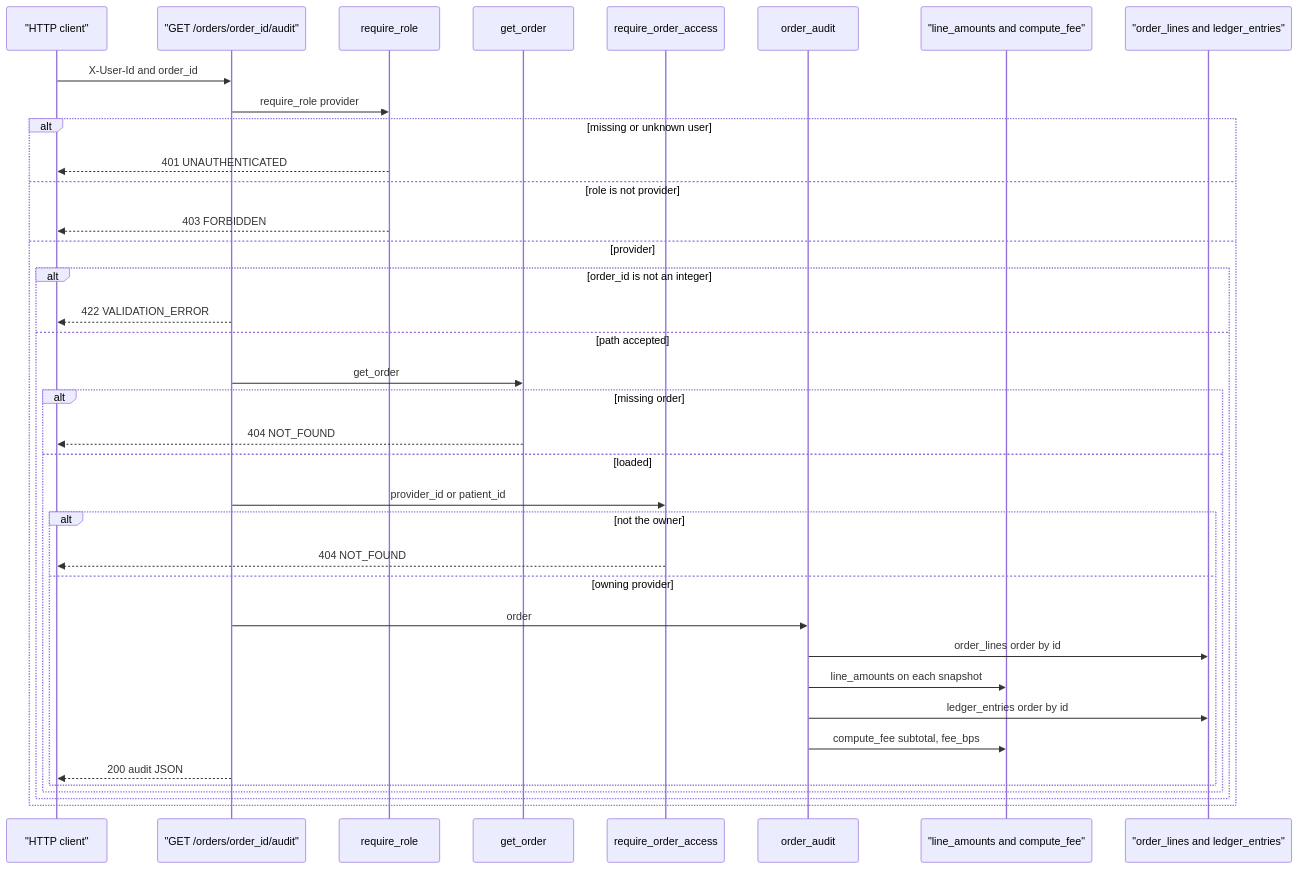
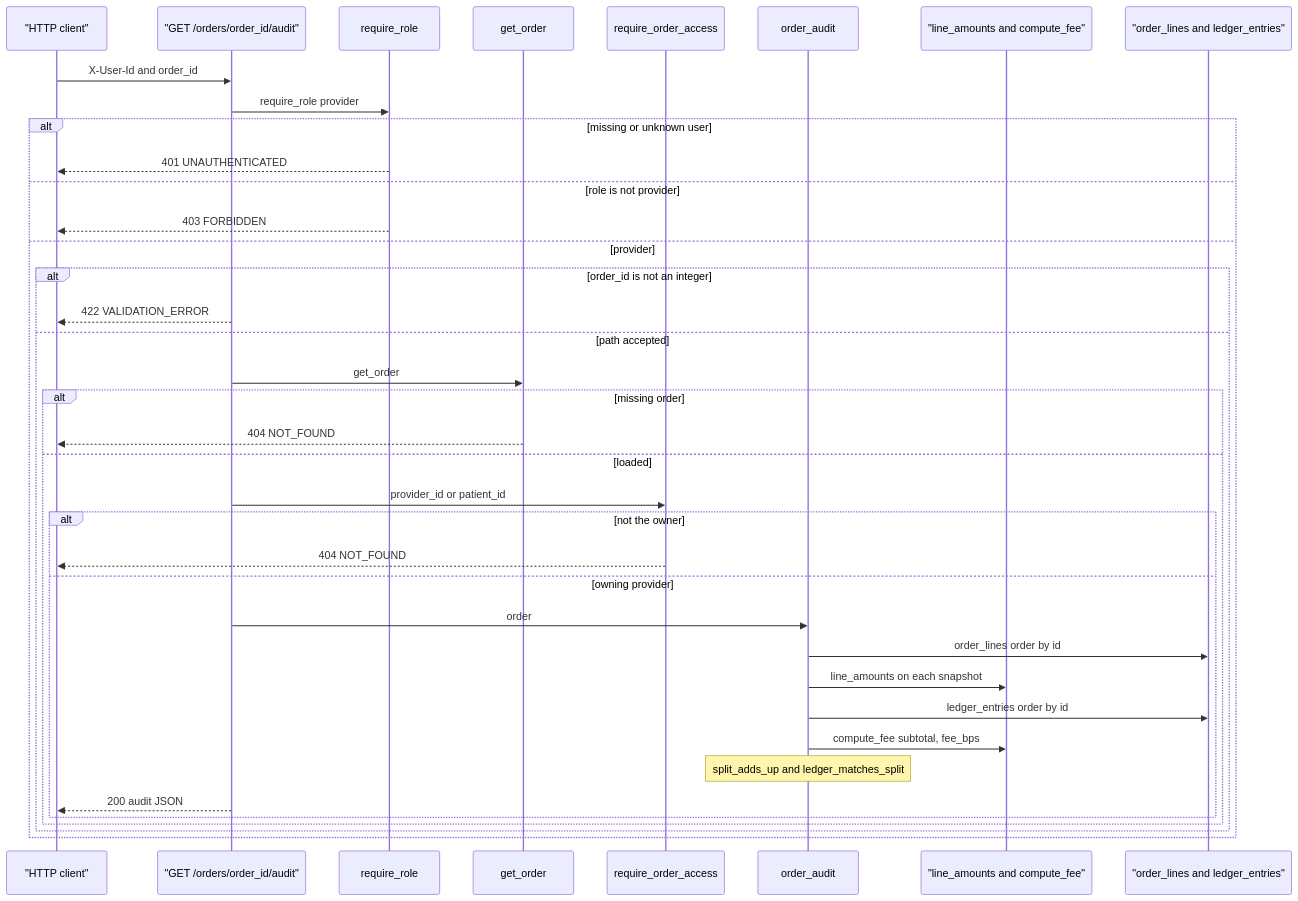
Before and after one commit to drtclem/cerbo_wk1: the second of 2 diagrams in docs/diagrams/flows/reporting.md, drawn with Mermaid. The commit also changed other lines of this file and 9 other files, not shown here.

````diff
--- a/docs/diagrams/flows/reporting.md
+++ b/docs/diagrams/flows/reporting.md
@@ -58,40 +58,41 @@
 ```mermaid
 sequenceDiagram
   participant Client as "HTTP client"
   participant Route as "GET /orders/order_id/audit"
   participant Auth as require_role
   participant Orders as get_order
   participant Access as require_order_access
   participant Svc as order_audit
   participant Money as "line_amounts and compute_fee"
   participant Db as "order_lines and ledger_entries"
 
   Client->>Route: X-User-Id and order_id
   Route->>Auth: require_role provider
   alt missing or unknown user
     Auth-->>Client: 401 UNAUTHENTICATED
   else role is not provider
     Auth-->>Client: 403 FORBIDDEN
   else provider
     alt order_id is not an integer
       Route-->>Client: 422 VALIDATION_ERROR
     else path accepted
       Route->>Orders: get_order
       alt missing order
         Orders-->>Client: 404 NOT_FOUND
       else loaded
         Route->>Access: provider_id or patient_id
         alt not the owner
           Access-->>Client: 404 NOT_FOUND
         else owning provider
           Route->>Svc: order
           Svc->>Db: order_lines order by id
           Svc->>Money: line_amounts on each snapshot
           Svc->>Db: ledger_entries order by id
           Svc->>Money: compute_fee subtotal, fee_bps
+          Note over Svc: split_adds_up and ledger_matches_split
           Route-->>Client: 200 audit JSON
         end
       end
     end
   end
 ```
````
